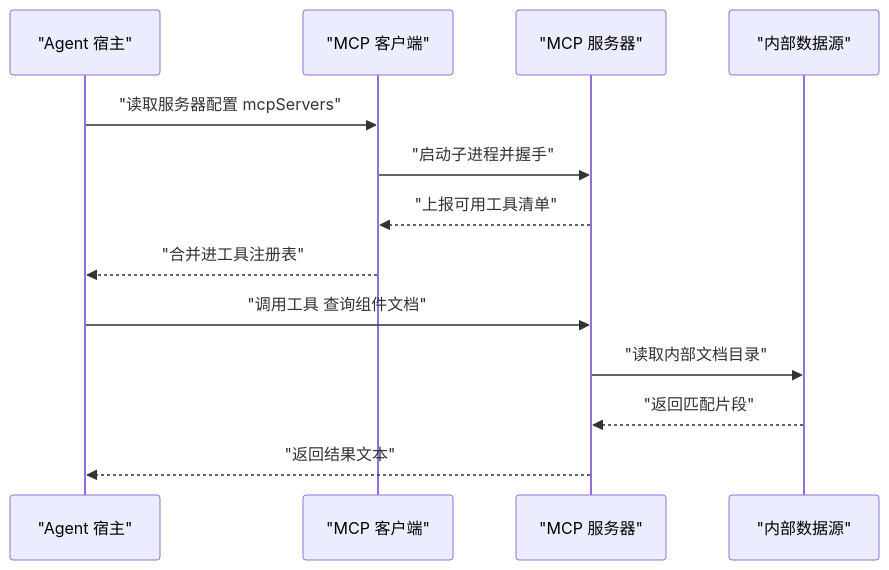
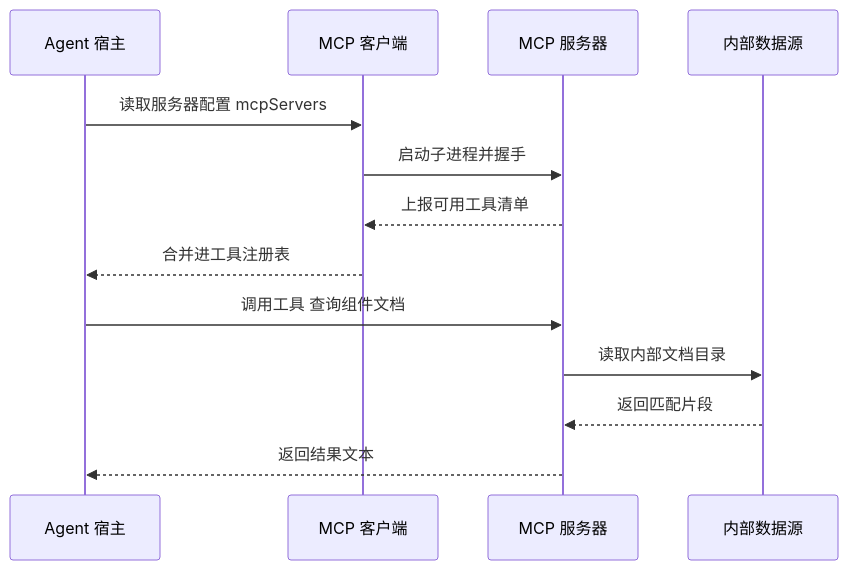
Before and after one commit to Shyu-x/frontend-interview: the sixth of 8 diagrams in docs/agent/foundations/coding-agent-comparison.md, drawn with Mermaid. The commit also changed other lines of this file and 23 other files, not shown here.

First line of the commit message:
fix(docs): 修复 28 张无法渲染的 Mermaid 图，新增真实解析器校验与 PDF 下载页

````diff
--- a/docs/agent/foundations/coding-agent-comparison.md
+++ b/docs/agent/foundations/coding-agent-comparison.md
@@ -779,15 +779,15 @@
 ```mermaid
 sequenceDiagram
-  participant H as "Agent 宿主"
-  participant C as "MCP 客户端"
-  participant S as "MCP 服务器"
-  participant D as "内部数据源"
-  H->>C: "读取服务器配置 mcpServers"
-  C->>S: "启动子进程并握手"
-  S-->>C: "上报可用工具清单"
-  C-->>H: "合并进工具注册表"
-  H->>S: "调用工具 查询组件文档"
-  S->>D: "读取内部文档目录"
-  D-->>S: "返回匹配片段"
-  S-->>H: "返回结果文本"
+  participant H as Agent 宿主
+  participant C as MCP 客户端
+  participant S as MCP 服务器
+  participant D as 内部数据源
+  H->>C: 读取服务器配置 mcpServers
+  C->>S: 启动子进程并握手
+  S-->>C: 上报可用工具清单
+  C-->>H: 合并进工具注册表
+  H->>S: 调用工具 查询组件文档
+  S->>D: 读取内部文档目录
+  D-->>S: 返回匹配片段
+  S-->>H: 返回结果文本
 ```
````
